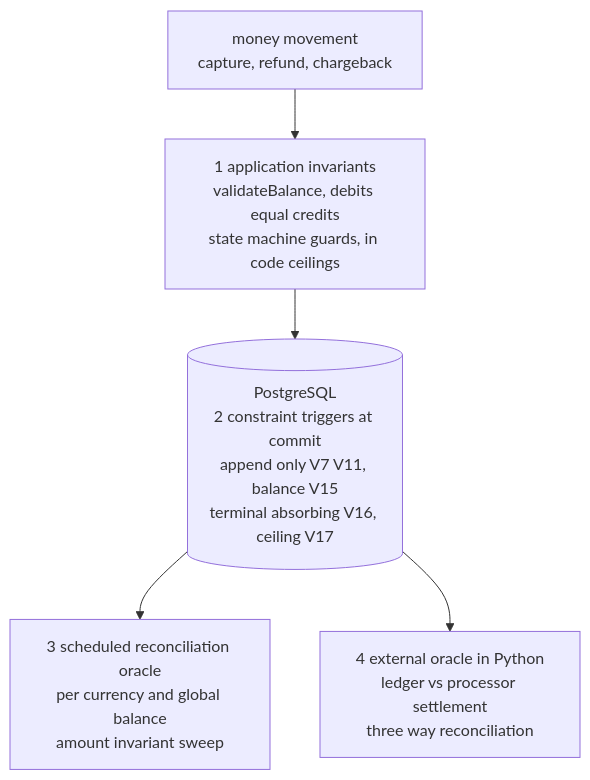
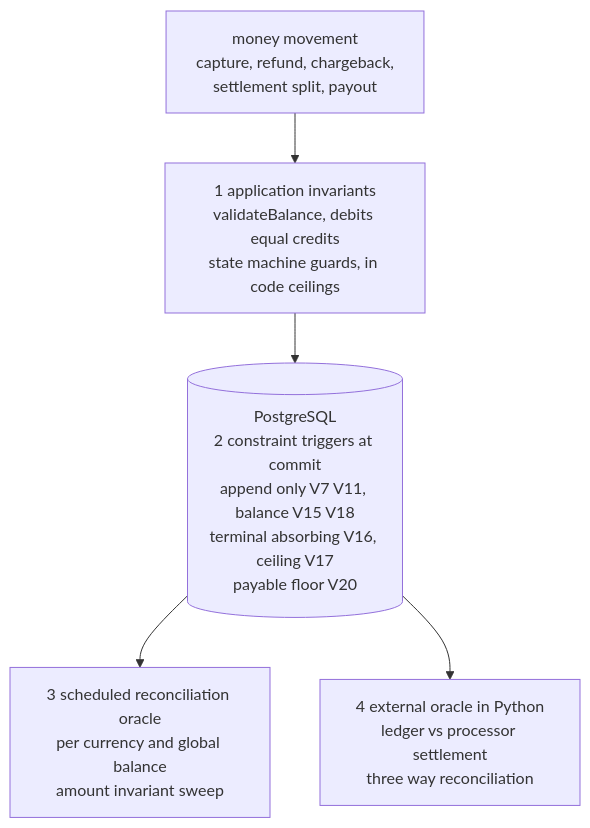
One commit to VictoriousAttitude/payment-service changed the diagram in README.md. Above: the diagram before and after it, drawn with Mermaid. The commit also changed other lines of this file and 4 other files, not shown here.

Commit message:
feat: settled chargebacks debit payable and balance api splits pending, available, reserve

````diff
--- a/README.md
+++ b/README.md
@@ -14,12 +14,12 @@
 ```mermaid
 flowchart TB
-    write["money movement<br/>capture, refund, chargeback"]
+    write["money movement<br/>capture, refund, chargeback,<br/>settlement split, payout"]
     app["1 application invariants<br/>validateBalance, debits equal credits<br/>state machine guards, in code ceilings"]
-    pg[("PostgreSQL<br/>2 constraint triggers at commit<br/>append only V7 V11, balance V15<br/>terminal absorbing V16, ceiling V17")]
+    pg[("PostgreSQL<br/>2 constraint triggers at commit<br/>append only V7 V11, balance V15 V18<br/>terminal absorbing V16, ceiling V17<br/>payable floor V20")]
     recon["3 scheduled reconciliation oracle<br/>per currency and global balance<br/>amount invariant sweep"]
     oracle["4 external oracle in Python<br/>ledger vs processor settlement<br/>three way reconciliation"]
 
     write --> app --> pg
     pg --> recon
     pg --> oracle
 ```
````
